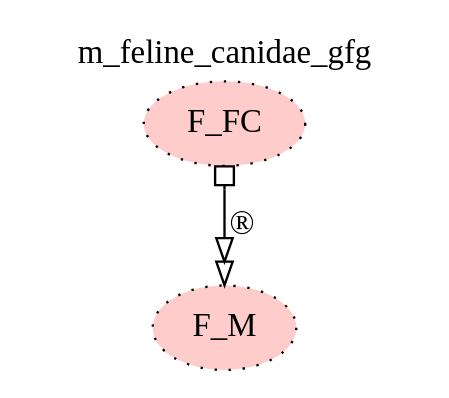
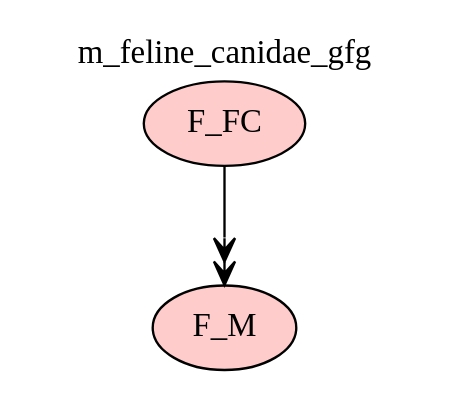
Before and after one commit to namalio/Fragmenta: the diagram in Haskell/FragmentaTests/MammalFelineCanidae/img/m_feline_canidae_gfg.gv, drawn with Graphviz. The commit also changed 17 other files, not shown here.

```diff
--- a/Haskell/FragmentaTests/MammalFelineCanidae/img/m_feline_canidae_gfg.gv
+++ b/Haskell/FragmentaTests/MammalFelineCanidae/img/m_feline_canidae_gfg.gv
@@ -1,6 +1,6 @@
 digraph {graph[label=m_feline_canidae_gfg,labelloc=tl,labelfontsize=12];
-"F_FC"[shape=oval,fillcolor="#FFCCCC",style ="filled,dotted",label="F_FC"];
-"F_M"[shape=oval,fillcolor="#FFCCCC",style ="filled,dotted",label="F_M"];
+"F_FC"[shape=oval,fillcolor="#FFCCCC",style ="filled",label="F_FC"];
+"F_M"[shape=oval,fillcolor="#FFCCCC",style ="filled",label="F_M"];
 
-"F_FC"->"F_M"[label=®,dir=both,arrowtail=obox,arrowhead=emptyempty];
+"F_FC"->"F_M"[label=" ",arrowhead=veevee];
 }
```
